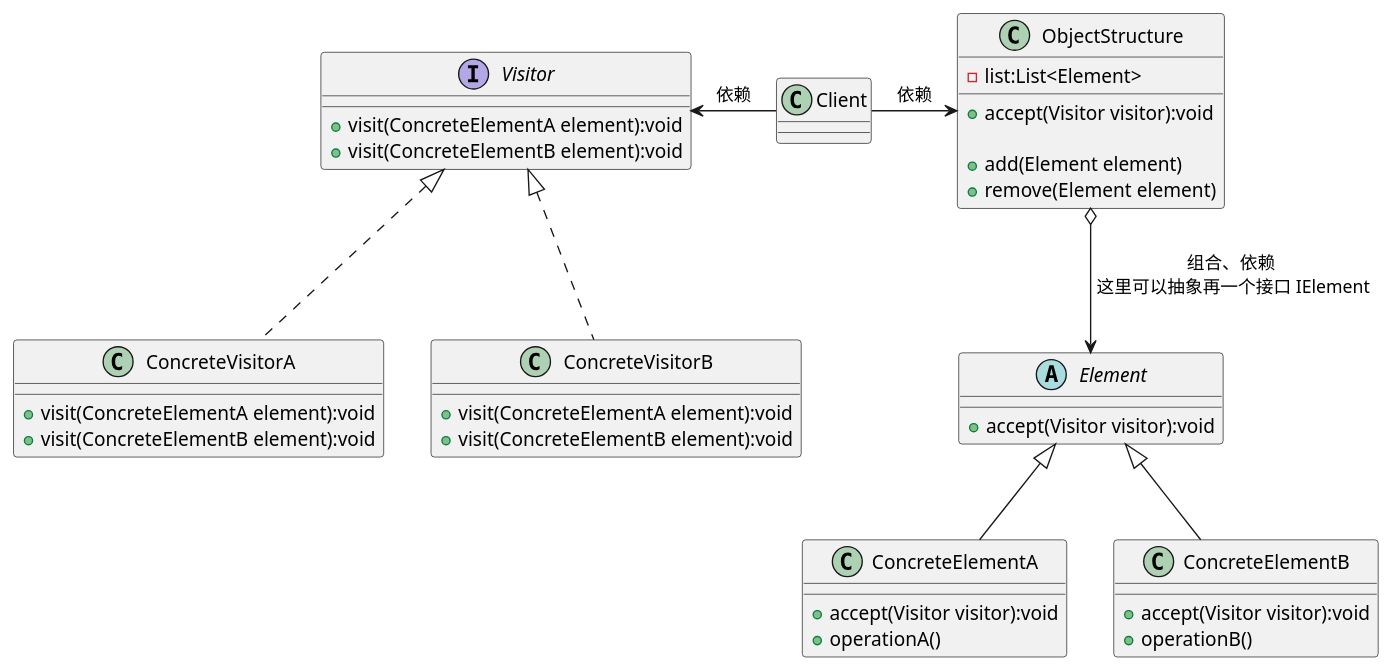
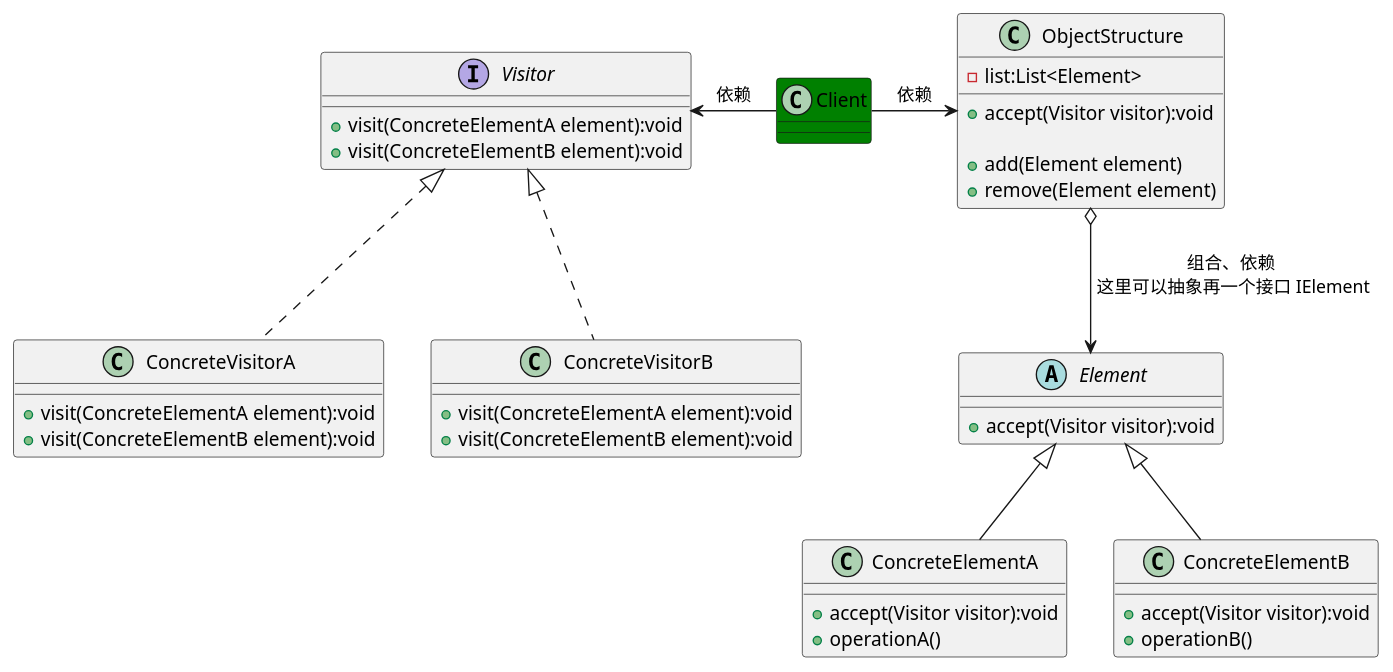
Before and after one commit to wuxiongbo/design_patterns: the diagram in src/main/java/chapter68/Visitor.puml, drawn with PlantUML. The commit also changed 18 other files, not shown here.

```diff
--- a/src/main/java/chapter68/Visitor.puml
+++ b/src/main/java/chapter68/Visitor.puml
@@ -1,62 +1,62 @@
 @startuml
 'https://plantuml.com/class-diagram
 ' https://blog.csdn.net/scoryy/article/details/123667176
 
 ' 结构对象 ObjectStructure
 ' 元素  Element
 ' 上面是稳定结构
 
 ' 访问者 Visitor
 ' 上面是变化结构
 
 
 interface Visitor {
     + visit(ConcreteElementA element):void
     + visit(ConcreteElementB element):void
 }
 class ConcreteVisitorA implements Visitor{
     + visit(ConcreteElementA element):void
     + visit(ConcreteElementB element):void
 }
 class ConcreteVisitorB implements Visitor{
     + visit(ConcreteElementA element):void
     + visit(ConcreteElementB element):void
 }
 
 
 abstract class Element {
     + accept(Visitor visitor):void
 }
 class ConcreteElementA extends Element{
     + accept(Visitor visitor):void
     + operationA()
 }
 class ConcreteElementB extends Element{
     + accept(Visitor visitor):void
     + operationB()
 }
 class ObjectStructure{
     - list:List<Element>
 
     + accept(Visitor visitor):void
 
     + add(Element element)
     + remove(Element element)
 }
 
 
 ' 分组
 together {
     abstract class Element
     class ConcreteElementA
     class ConcreteElementB
     class ObjectStructure
 }
-
+class Client #green
 
 ObjectStructure o--> Element : 组合、依赖\n 这里可以抽象再一个接口 IElement
 Client -left-> Visitor : 依赖
 Client -right-> ObjectStructure : 依赖
 
 
 @enduml
```
